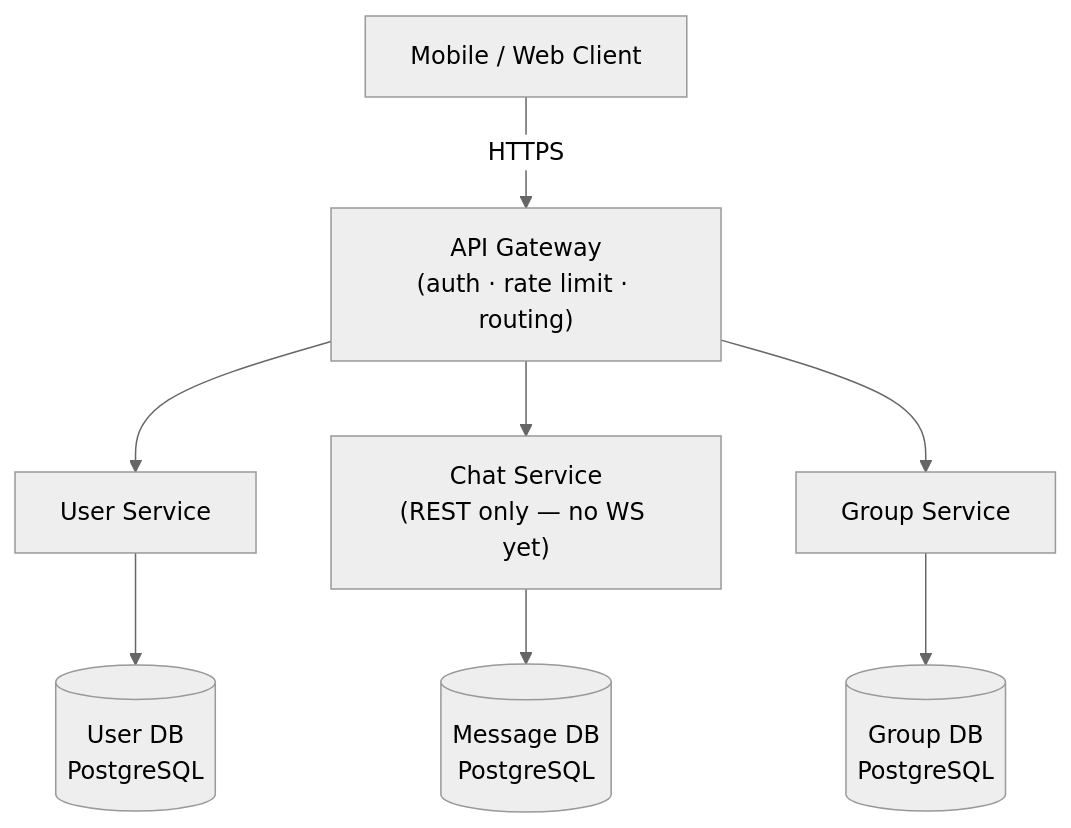
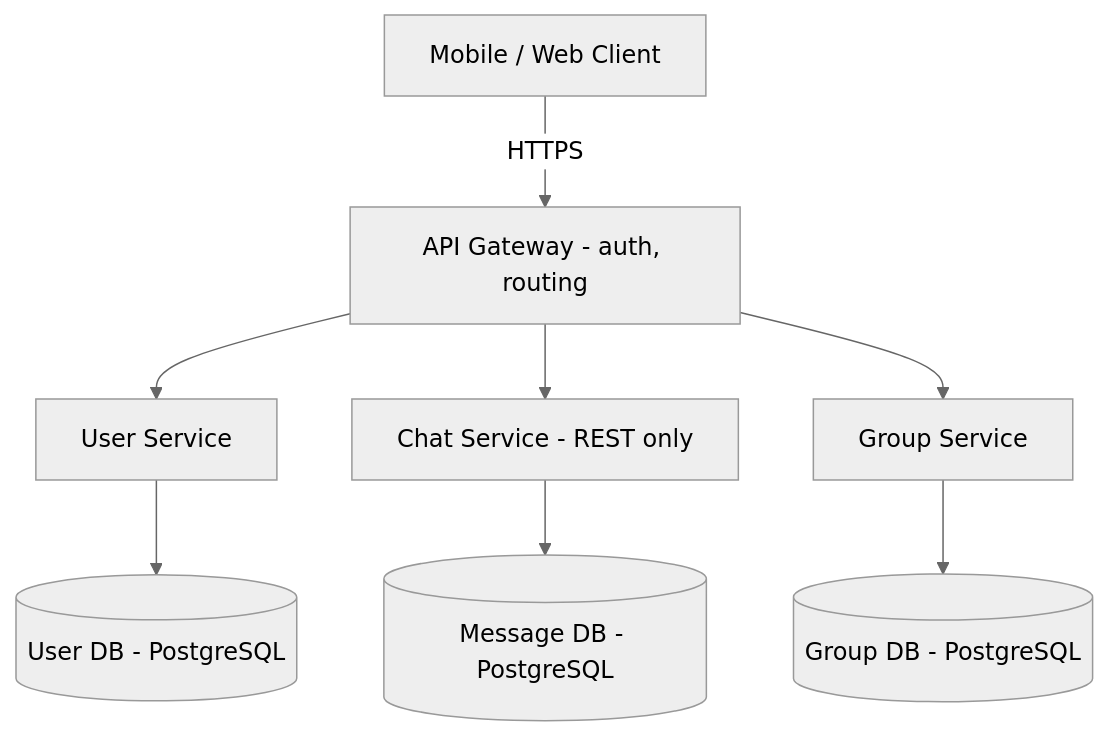
Before and after one commit to shyamalm88/MechineCoding: the fourth of 7 diagrams in system-design/latest & updated/chat-app-whatsapp-web.md, drawn with Mermaid (neutral theme). The commit also changed other lines of this file and 9 other files, not shown here.

````diff
--- a/system-design/latest & updated/chat-app-whatsapp-web.md
+++ b/system-design/latest & updated/chat-app-whatsapp-web.md
@@ -363,19 +200,19 @@
 ```mermaid
 graph TD
     Client["Mobile / Web Client"]
-    GW["API Gateway\n(auth · rate limit · routing)"]
+    GW["API Gateway - auth, routing"]
     US["User Service"]
-    CS["Chat Service\n(REST only — no WS yet)"]
+    CS["Chat Service - REST only"]
     GS["Group Service"]
-    UDB[("User DB\nPostgreSQL")]
-    MDB[("Message DB\nPostgreSQL")]
-    GDB[("Group DB\nPostgreSQL")]
+    UDB[("User DB - PostgreSQL")]
+    MDB[("Message DB - PostgreSQL")]
+    GDB[("Group DB - PostgreSQL")]
 
     Client -->|HTTPS| GW
     GW --> US
     GW --> CS
     GW --> GS
     US --> UDB
     CS --> MDB
     GS --> GDB
 ```
````
